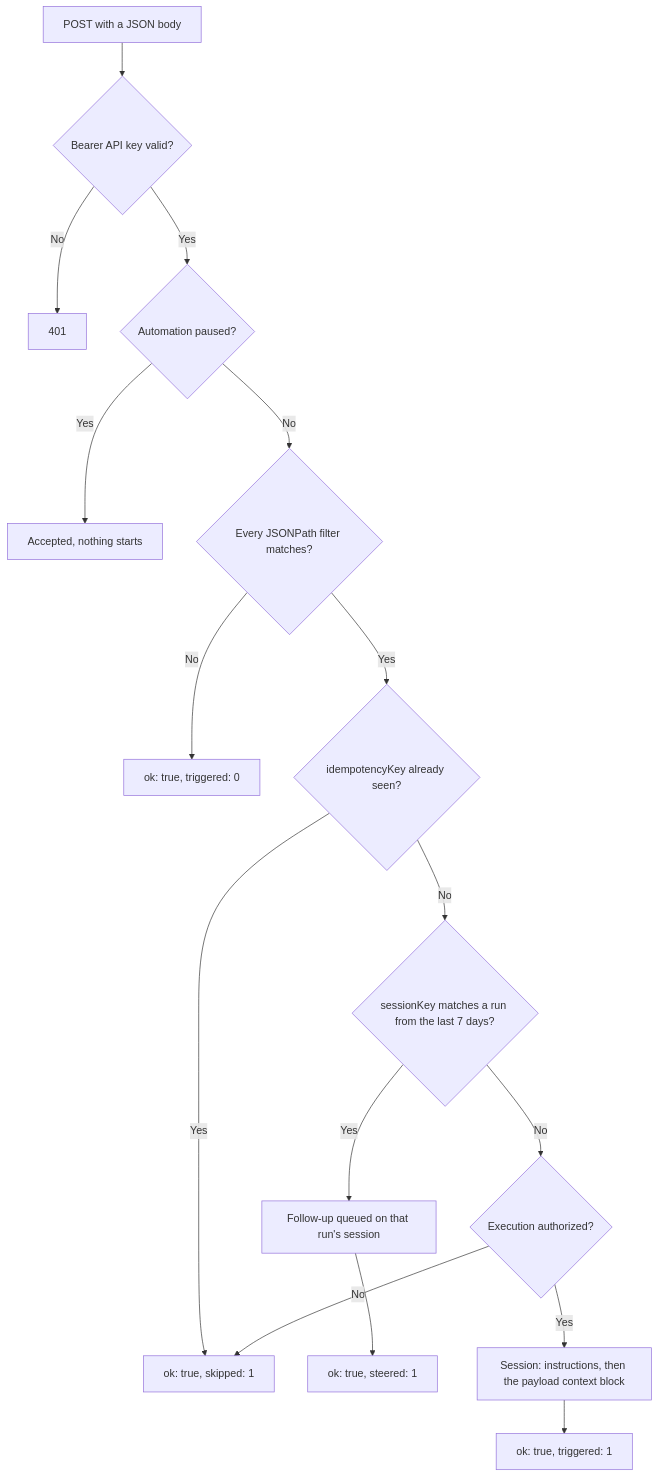
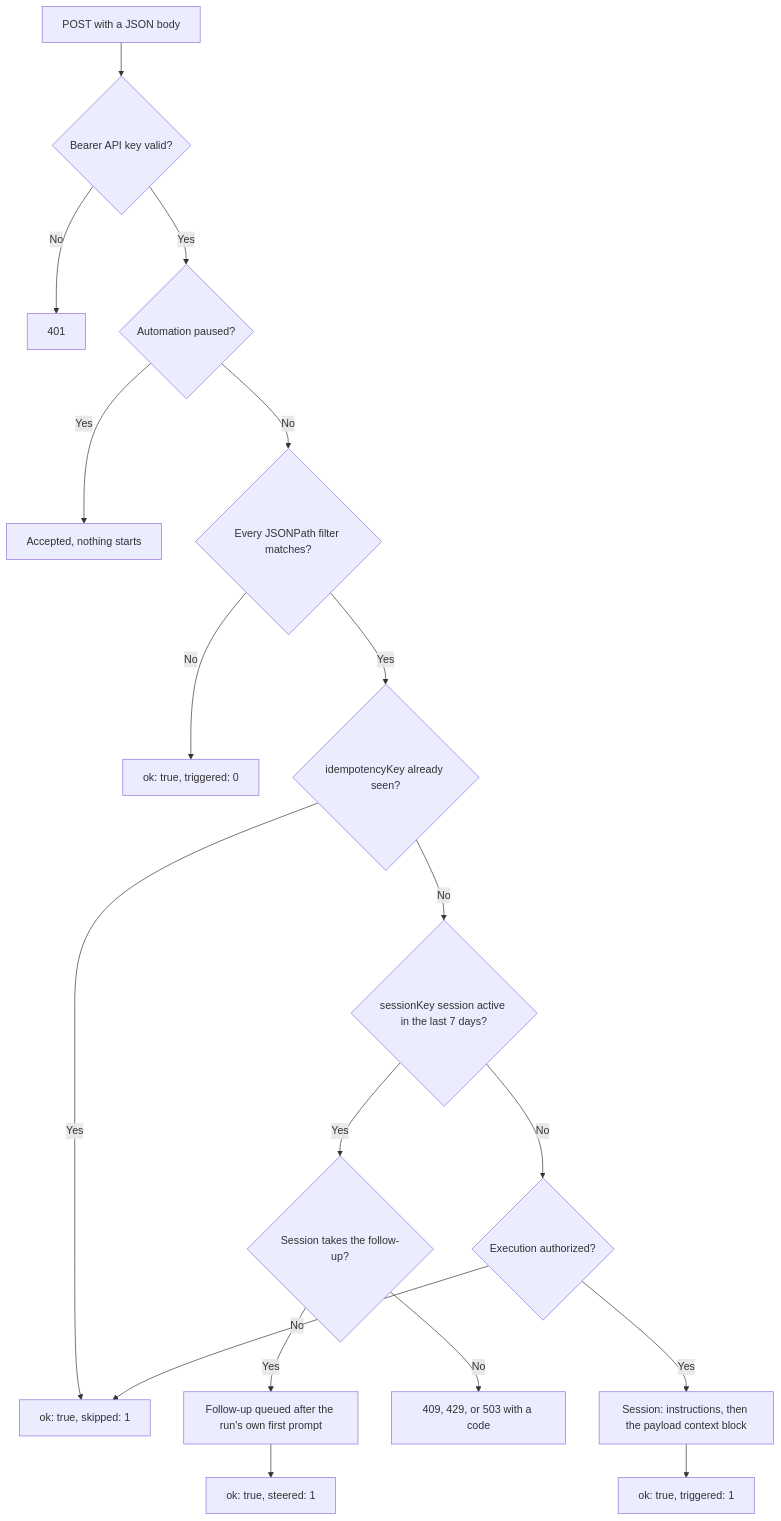
Before and after one commit to ColeMurray/background-agents: the diagram in packages/docs/content/docs/automations/inbound-webhooks.mdx, drawn with Mermaid. The commit also changed other lines of this file and 27 other files, not shown here.

Commit message:
feat(control-plane): hold, refuse, and slide session follow-ups

````diff
--- a/packages/docs/content/docs/automations/inbound-webhooks.mdx
+++ b/packages/docs/content/docs/automations/inbound-webhooks.mdx
@@ -30,19 +30,21 @@
 ```mermaid
 flowchart TB
     accTitle: How an inbound webhook request is authenticated, filtered, and turned into a run
     post["POST with a JSON body"] --> auth{"Bearer API key valid?"}
     auth -->|No| unauthorized["401"]
     auth -->|Yes| paused{"Automation paused?"}
     paused -->|Yes| nothing["Accepted, nothing starts"]
     paused -->|No| filters{"Every JSONPath filter matches?"}
     filters -->|No| none["ok: true, triggered: 0"]
     filters -->|Yes| dedupe{"idempotencyKey already seen?"}
     dedupe -->|Yes| skipped["ok: true, skipped: 1"]
-    dedupe -->|No| continues{"sessionKey matches a run from the last 7 days?"}
-    continues -->|Yes| followup["Follow-up queued on that run's session"]
+    dedupe -->|No| continues{"sessionKey session active in the last 7 days?"}
+    continues -->|Yes| takes{"Session takes the follow-up?"}
+    takes -->|Yes| followup["Follow-up queued after the run's own first prompt"]
     followup --> steered["ok: true, steered: 1"]
+    takes -->|No| refused["409, 429, or 503 with a code"]
     continues -->|No| execution{"Execution authorized?"}
     execution -->|No| skipped
     execution -->|Yes| session["Session: instructions, then the payload context block"]
     session --> triggered["ok: true, triggered: 1"]
 ```
````
